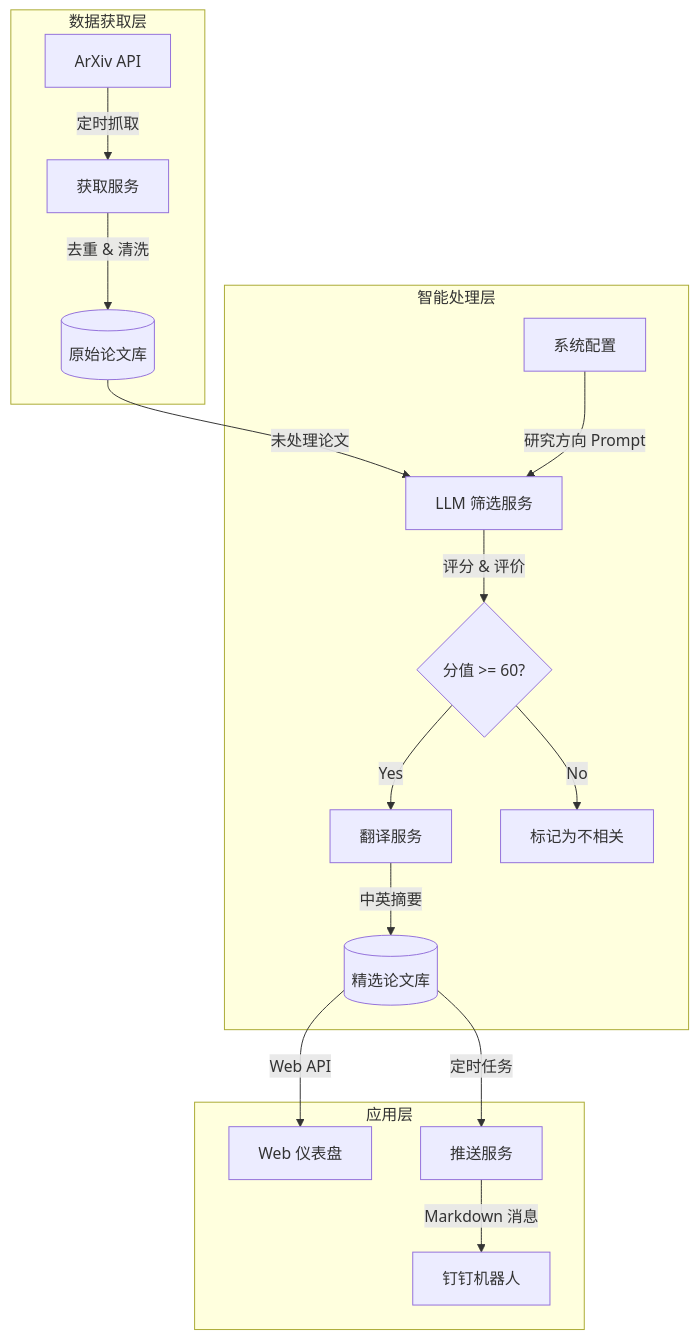
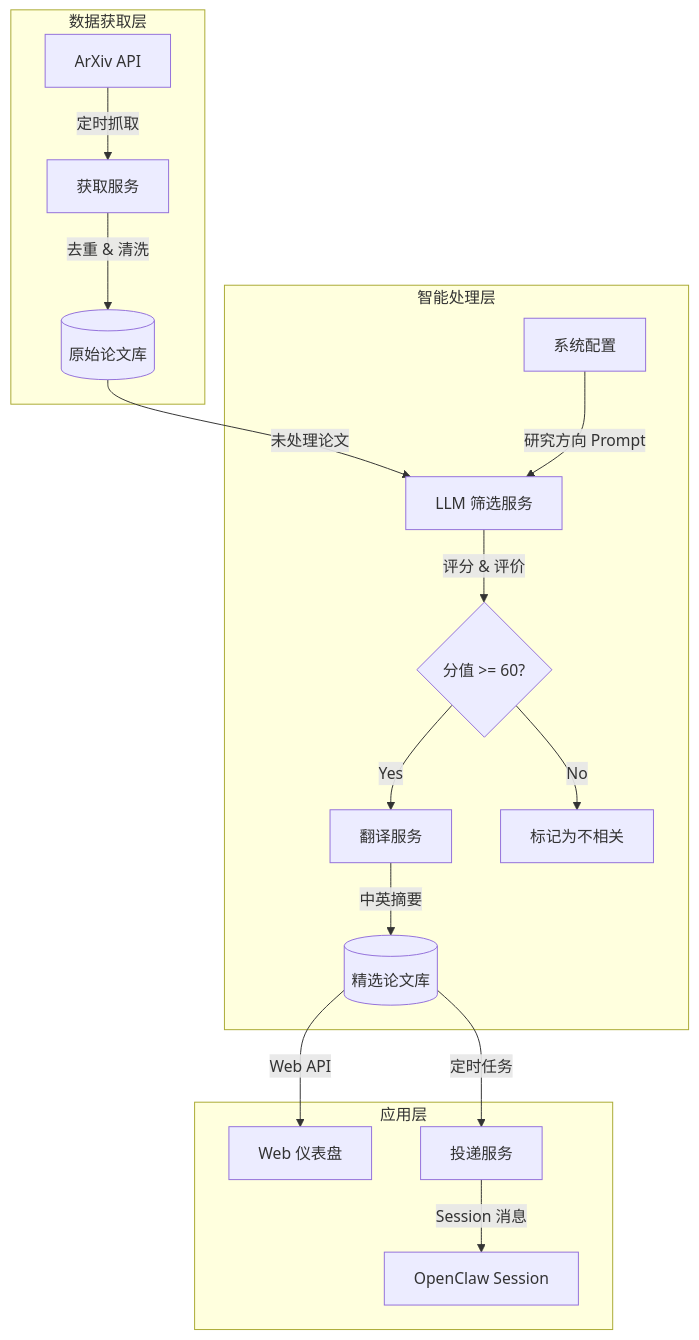
Before and after one commit to ShilongHong/DailyScholar: the diagram in README.md, drawn with Mermaid. The commit also changed other lines of this file and 3 other files, not shown here.

````diff
--- a/README.md
+++ b/README.md
@@ -52,22 +52,22 @@
 ```mermaid
 graph TD
     subgraph "数据获取层"
         ArXiv[ArXiv API] -->|定时抓取| Fetcher[获取服务]
         Fetcher -->|去重 & 清洗| RawDB[(原始论文库)]
     end
 
     subgraph "智能处理层"
         RawDB -->|未处理论文| LLM[LLM 筛选服务]
         Config[系统配置] -->|研究方向 Prompt| LLM
         LLM -->|评分 & 评价| Filtered{分值 >= 60?}
         Filtered -->|Yes| Trans[翻译服务]
         Filtered -->|No| Discard[标记为不相关]
         Trans -->|中英摘要| RelevantDB[(精选论文库)]
     end
 
     subgraph "应用层"
         RelevantDB -->|Web API| Frontend[Web 仪表盘]
-        RelevantDB -->|定时任务| Pusher[推送服务]
-        Pusher -->|Markdown 消息| DingTalk[钉钉机器人]
+        RelevantDB -->|定时任务| Pusher[投递服务]
+        Pusher -->|Session 消息| OpenClaw[OpenClaw Session]
     end
 ```
````
